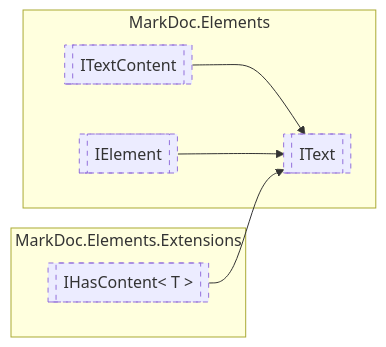
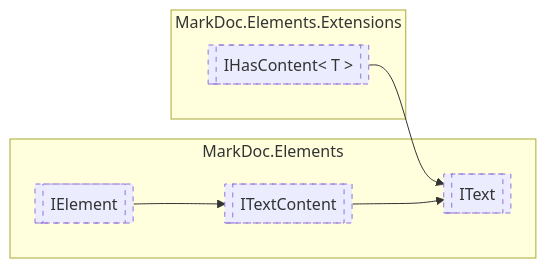
Before and after one commit to hailstorm75/ModularDoc: the diagram in sourceWiki/markdoc/elements/IText.md, drawn with Mermaid. The commit also changed 20 other files, not shown here.

````diff
--- a/sourceWiki/markdoc/elements/IText.md
+++ b/sourceWiki/markdoc/elements/IText.md
@@ -7,21 +7,21 @@
 ```mermaid
   flowchart LR
   classDef interfaceStyle stroke-dasharray: 5 5;
   classDef abstractStyle stroke-width:4px
   subgraph MarkDoc.Elements
   MarkDoc.Elements.IText[[IText]]
   class MarkDoc.Elements.IText interfaceStyle;
   MarkDoc.Elements.ITextContent[[ITextContent]]
   class MarkDoc.Elements.ITextContent interfaceStyle;
   MarkDoc.Elements.IElement[[IElement]]
   class MarkDoc.Elements.IElement interfaceStyle;
   end
   subgraph MarkDoc.Elements.Extensions
   MarkDoc.Elements.Extensions.IHasContent_1[[IHasContent< T >]]
   class MarkDoc.Elements.Extensions.IHasContent_1 interfaceStyle;
 
   end
+MarkDoc.Elements.Extensions.IHasContent_1 --> MarkDoc.Elements.IText
 MarkDoc.Elements.ITextContent --> MarkDoc.Elements.IText
-MarkDoc.Elements.IElement --> MarkDoc.Elements.IText
-MarkDoc.Elements.Extensions.IHasContent_1 --> MarkDoc.Elements.IText
+MarkDoc.Elements.IElement --> MarkDoc.Elements.ITextContent
 ```
````
